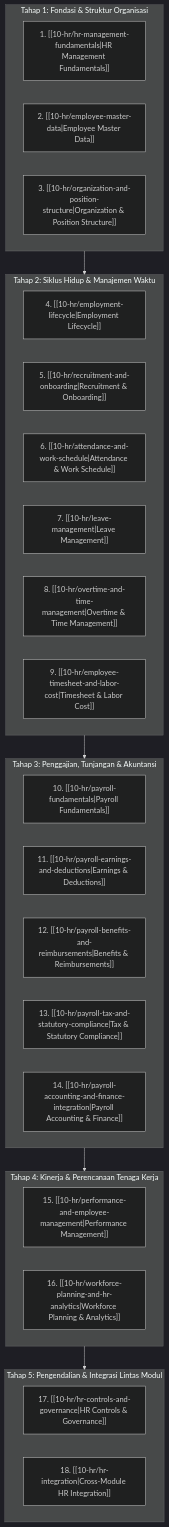
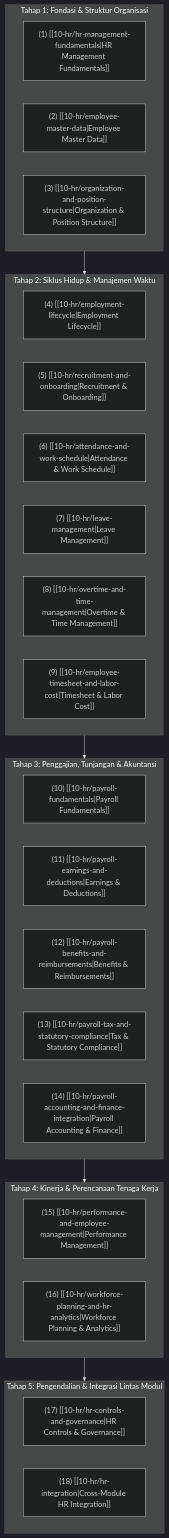
The diagram in content/10-hr/index.md (alimurrofid/erp-notes), drawn with Mermaid (dark theme) before and after one commit. The commit also changed 132 other files, not shown here.

````diff
--- a/content/10-hr/index.md
+++ b/content/10-hr/index.md
@@ -21,37 +21,37 @@
 ```mermaid
 flowchart TD
     subgraph S1["Tahap 1: Fondasi & Struktur Organisasi"]
-        N1["1. [[10-hr/hr-management-fundamentals|HR Management Fundamentals]]"]
-        N2["2. [[10-hr/employee-master-data|Employee Master Data]]"]
-        N3["3. [[10-hr/organization-and-position-structure|Organization & Position Structure]]"]
+        N1["(1) [[10-hr/hr-management-fundamentals|HR Management Fundamentals]]"]
+        N2["(2) [[10-hr/employee-master-data|Employee Master Data]]"]
+        N3["(3) [[10-hr/organization-and-position-structure|Organization & Position Structure]]"]
     end
 
     subgraph S2["Tahap 2: Siklus Hidup & Manajemen Waktu"]
-        N4["4. [[10-hr/employment-lifecycle|Employment Lifecycle]]"]
-        N5["5. [[10-hr/recruitment-and-onboarding|Recruitment & Onboarding]]"]
-        N6["6. [[10-hr/attendance-and-work-schedule|Attendance & Work Schedule]]"]
-        N7["7. [[10-hr/leave-management|Leave Management]]"]
-        N8["8. [[10-hr/overtime-and-time-management|Overtime & Time Management]]"]
-        N9["9. [[10-hr/employee-timesheet-and-labor-cost|Timesheet & Labor Cost]]"]
+        N4["(4) [[10-hr/employment-lifecycle|Employment Lifecycle]]"]
+        N5["(5) [[10-hr/recruitment-and-onboarding|Recruitment & Onboarding]]"]
+        N6["(6) [[10-hr/attendance-and-work-schedule|Attendance & Work Schedule]]"]
+        N7["(7) [[10-hr/leave-management|Leave Management]]"]
+        N8["(8) [[10-hr/overtime-and-time-management|Overtime & Time Management]]"]
+        N9["(9) [[10-hr/employee-timesheet-and-labor-cost|Timesheet & Labor Cost]]"]
     end
 
     subgraph S3["Tahap 3: Penggajian, Tunjangan & Akuntansi"]
-        N10["10. [[10-hr/payroll-fundamentals|Payroll Fundamentals]]"]
-        N11["11. [[10-hr/payroll-earnings-and-deductions|Earnings & Deductions]]"]
-        N12["12. [[10-hr/payroll-benefits-and-reimbursements|Benefits & Reimbursements]]"]
-        N13["13. [[10-hr/payroll-tax-and-statutory-compliance|Tax & Statutory Compliance]]"]
-        N14["14. [[10-hr/payroll-accounting-and-finance-integration|Payroll Accounting & Finance]]"]
+        N10["(10) [[10-hr/payroll-fundamentals|Payroll Fundamentals]]"]
+        N11["(11) [[10-hr/payroll-earnings-and-deductions|Earnings & Deductions]]"]
+        N12["(12) [[10-hr/payroll-benefits-and-reimbursements|Benefits & Reimbursements]]"]
+        N13["(13) [[10-hr/payroll-tax-and-statutory-compliance|Tax & Statutory Compliance]]"]
+        N14["(14) [[10-hr/payroll-accounting-and-finance-integration|Payroll Accounting & Finance]]"]
     end
 
     subgraph S4["Tahap 4: Kinerja & Perencanaan Tenaga Kerja"]
-        N15["15. [[10-hr/performance-and-employee-management|Performance Management]]"]
-        N16["16. [[10-hr/workforce-planning-and-hr-analytics|Workforce Planning & Analytics]]"]
+        N15["(15) [[10-hr/performance-and-employee-management|Performance Management]]"]
+        N16["(16) [[10-hr/workforce-planning-and-hr-analytics|Workforce Planning & Analytics]]"]
     end
 
     subgraph S5["Tahap 5: Pengendalian & Integrasi Lintas Modul"]
-        N17["17. [[10-hr/hr-controls-and-governance|HR Controls & Governance]]"]
-        N18["18. [[10-hr/hr-integration|Cross-Module HR Integration]]"]
+        N17["(17) [[10-hr/hr-controls-and-governance|HR Controls & Governance]]"]
+        N18["(18) [[10-hr/hr-integration|Cross-Module HR Integration]]"]
     end
 
     S1 --> S2 --> S3 --> S4 --> S5
 ```
````
